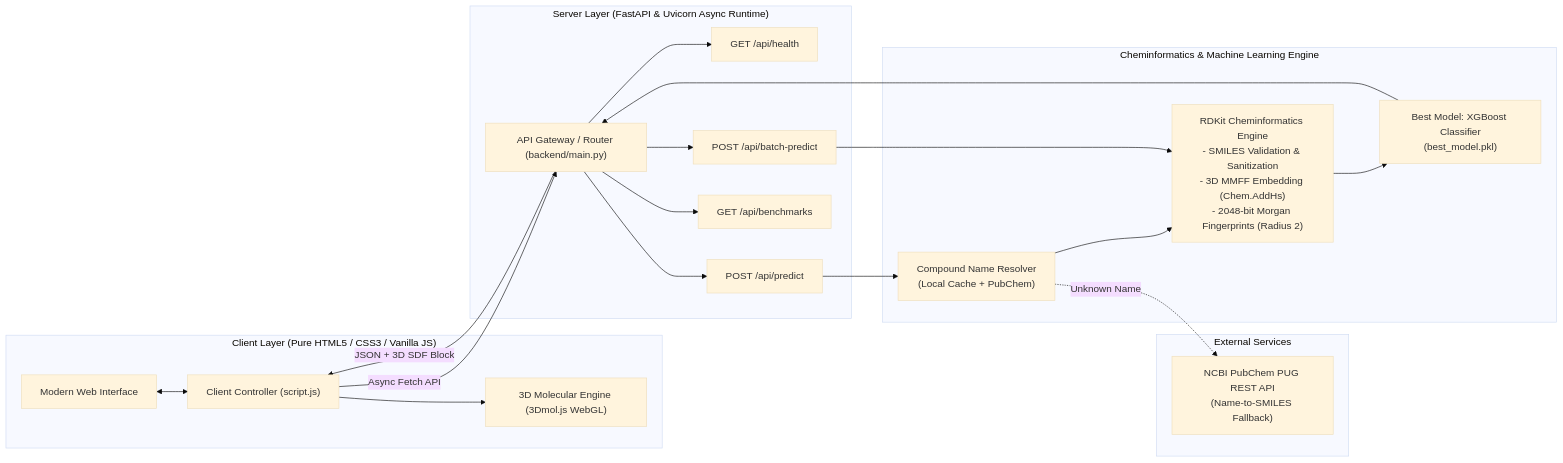
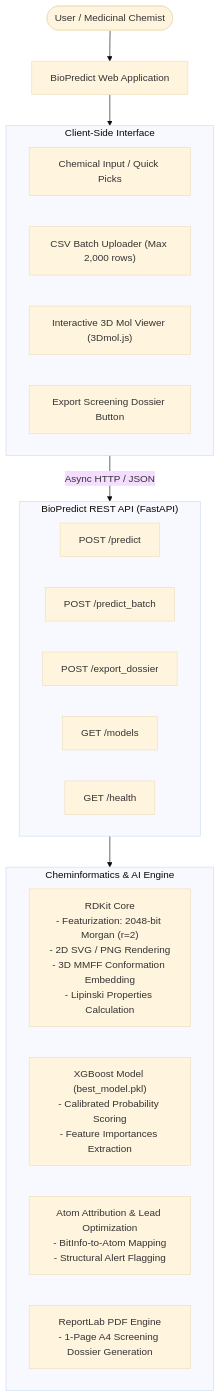
One commit to Rishi-11-26/Bioactive_molecule_prediction changed the diagram in README.md. Above: the diagram before and after it, drawn with Mermaid (base theme). The commit also changed other lines of this file and 1 other file, not shown here.

Commit message:
Update root README with deployed architecture and remove version 1.2 README

````diff
--- a/README.md
+++ b/README.md
@@ -49,43 +70,32 @@
 ```mermaid
-flowchart LR
-    subgraph ClientLayer ["Client Layer (Pure HTML5 / CSS3 / Vanilla JS)"]
-        UI["Modern Web Interface"]
-        AppController["Client Controller (script.js)"]
-        MolViewer["3D Molecular Engine (3Dmol.js WebGL)"]
+flowchart TD
+    User([User / Medicinal Chemist]) --> Frontend[BioPredict Web Application]
+
+    subgraph FrontendModule ["Client-Side Interface"]
+        InputUI["Chemical Input / Quick Picks"]
+        BatchUI["CSV Batch Uploader (Max 2,000 rows)"]
+        Viewer3D["Interactive 3D Mol Viewer (3Dmol.js)"]
+        DossierBtn["Export Screening Dossier Button"]
     end
 
-    subgraph ServerLayer ["Server Layer (FastAPI & Uvicorn Async Runtime)"]
-        Router["API Gateway / Router (backend/main.py)"]
-        EP1["GET /api/health"]
-        EP2["POST /api/predict"]
-        EP3["POST /api/batch-predict"]
-        EP4["GET /api/benchmarks"]
+    Frontend --> FrontendModule
+
+    subgraph BackendAPI ["BioPredict REST API (FastAPI)"]
+        EP_Predict["POST /predict"]
+        EP_Batch["POST /predict_batch"]
+        EP_Dossier["POST /export_dossier"]
+        EP_Models["GET /models"]
+        EP_Health["GET /health"]
     end
 
-    subgraph External ["External Services"]
-        PubChem["NCBI PubChem PUG REST API<br/>(Name-to-SMILES Fallback)"]
+    FrontendModule -->|Async HTTP / JSON| BackendAPI
+
+    subgraph CoreEngine ["Cheminformatics & AI Engine"]
+        RDKit["RDKit Core<br/>- Featurization: 2048-bit Morgan (r=2)<br/>- 2D SVG / PNG Rendering<br/>- 3D MMFF Conformation Embedding<br/>- Lipinski Properties Calculation"]
+        XGBoost["XGBoost Model (best_model.pkl)<br/>- Calibrated Probability Scoring<br/>- Feature Importances Extraction"]
+        XAI["Atom Attribution & Lead Optimization<br/>- BitInfo-to-Atom Mapping<br/>- Structural Alert Flagging"]
+        PDFGen["ReportLab PDF Engine<br/>- 1-Page A4 Screening Dossier Generation"]
     end
 
-    subgraph CoreEngine ["Cheminformatics & Machine Learning Engine"]
-        Resolver["Compound Name Resolver<br/>(Local Cache + PubChem)"]
-        RDKitEngine["RDKit Cheminformatics Engine<br/>- SMILES Validation & Sanitization<br/>- 3D MMFF Embedding (Chem.AddHs)<br/>- 2048-bit Morgan Fingerprints (Radius 2)"]
-        MLModel["Best Model: XGBoost Classifier<br/>(best_model.pkl)"]
-    end
-
-    %% Flow
-    UI <--> AppController
-    AppController -->|Async Fetch API| Router
-    Router --> EP1
-    Router --> EP2
-    Router --> EP3
-    Router --> EP4
-
-    EP2 --> Resolver
-    Resolver -.->|Unknown Name| PubChem
-    Resolver --> RDKitEngine
-    EP3 --> RDKitEngine
-    RDKitEngine --> MLModel
-    MLModel --> Router
-    Router -->|JSON + 3D SDF Block| AppController
-    AppController --> MolViewer
+    BackendAPI --> CoreEngine
 ```
````
